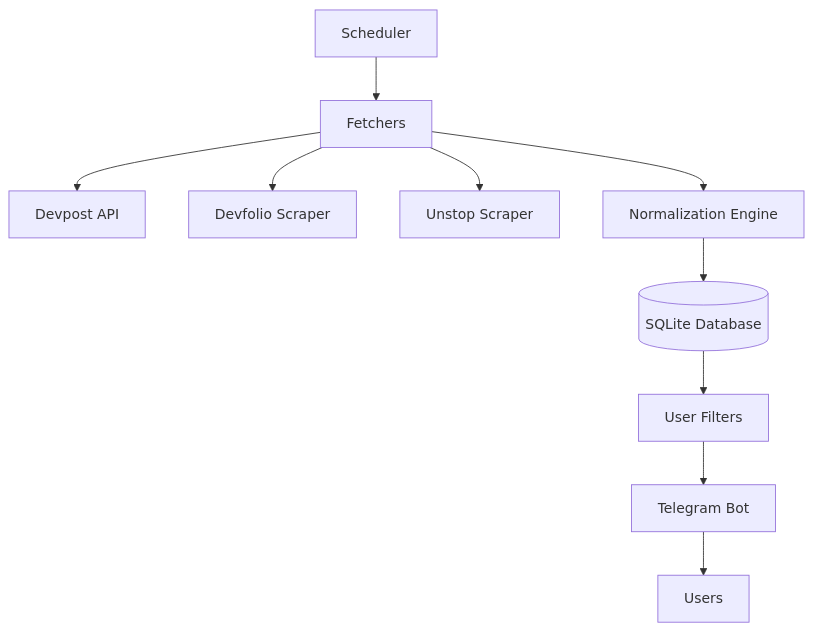
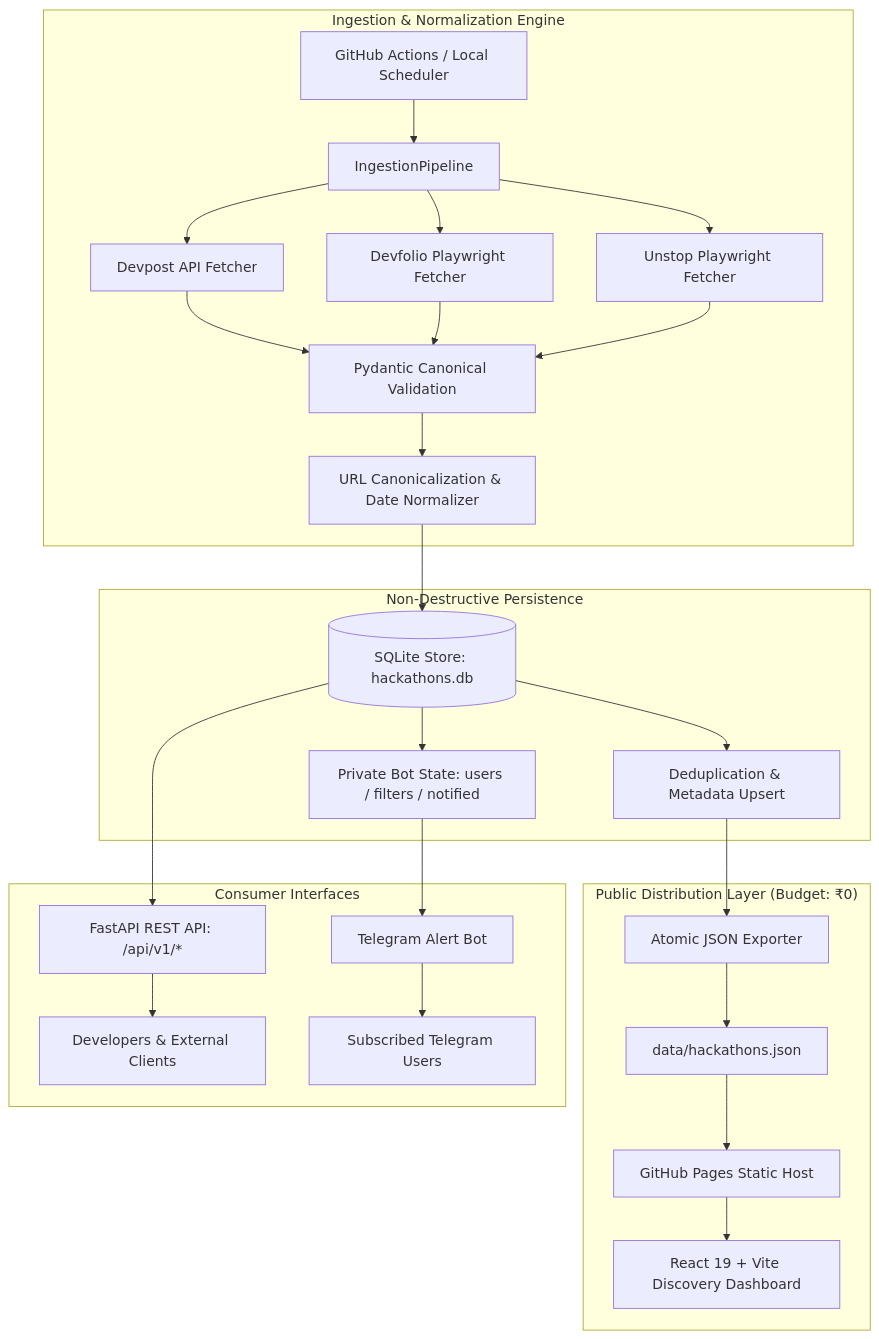
Before and after one commit to Zenfox-690/hackathon-ingestion-platform: the diagram in README.md, drawn with Mermaid. The commit also changed other lines of this file and 70 other files, not shown here.

````diff
--- a/README.md
+++ b/README.md
@@ -11,19 +17,31 @@
 ```mermaid
 flowchart TD
+    subgraph Ingestion ["Ingestion & Normalization Engine"]
+        A[GitHub Actions / Local Scheduler] --> B[IngestionPipeline]
+        B --> C1[Devpost API Fetcher]
+        B --> C2[Devfolio Playwright Fetcher]
+        B --> C3[Unstop Playwright Fetcher]
+        C1 & C2 & C3 --> D[Pydantic Canonical Validation]
+        D --> E[URL Canonicalization & Date Normalizer]
+    end
 
-	A[Scheduler] --> B[Fetchers]
+    subgraph Storage ["Non-Destructive Persistence"]
+        E --> F[(SQLite Store: hackathons.db)]
+        F --> G[Deduplication & Metadata Upsert]
+        F --> H[Private Bot State: users / filters / notified]
+    end
 
-	B --> C[Devpost API]
-	B --> D[Devfolio Scraper]
-	B --> E[Unstop Scraper]
+    subgraph Distribution ["Public Distribution Layer (Budget: ₹0)"]
+        G --> I[Atomic JSON Exporter]
+        I --> J[data/hackathons.json]
+        J --> K[GitHub Pages Static Host]
+        K --> L[React 19 + Vite Discovery Dashboard]
+    end
 
-	B --> F[Normalization Engine]
-
-	F --> G[(SQLite Database)]
-
-	G --> H[User Filters]
-
-	H --> I[Telegram Bot]
-
-	I --> J[Users]
+    subgraph Interfaces ["Consumer Interfaces"]
+        F --> M[FastAPI REST API: /api/v1/*]
+        M --> N[Developers & External Clients]
+        H --> O[Telegram Alert Bot]
+        O --> P[Subscribed Telegram Users]
+    end
 ```
````
